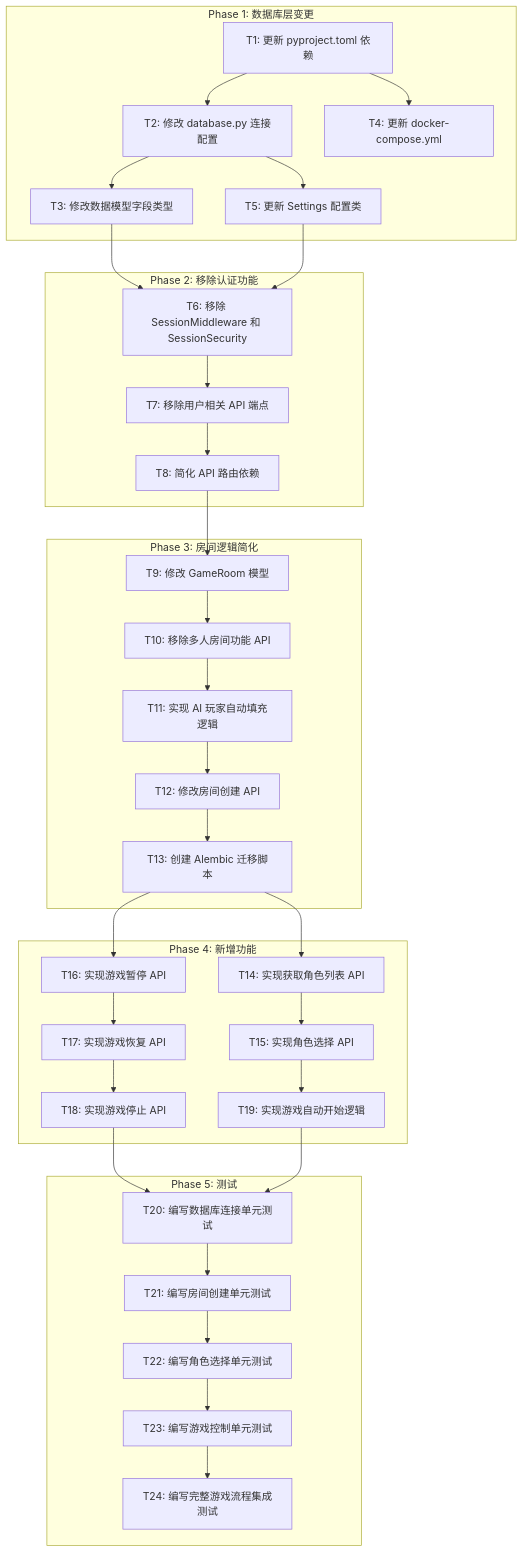
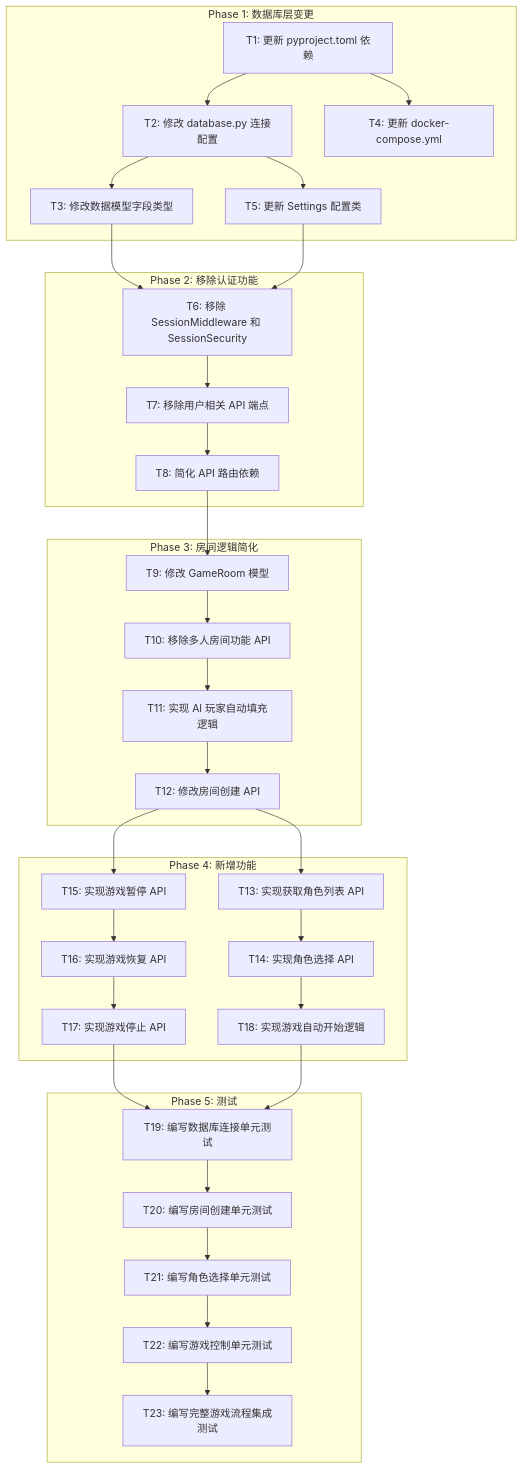
The diagram in specsai/feat-singleplayer-mode/task.md (Fize/vbrpg), drawn with Mermaid before and after one commit. The commit also changed other lines of this file, not shown here.

````diff
--- a/specsai/feat-singleplayer-mode/task.md
+++ b/specsai/feat-singleplayer-mode/task.md
@@ -5,72 +5,70 @@
 ```mermaid
 flowchart TD
     subgraph Phase1["Phase 1: 数据库层变更"]
         T1[T1: 更新 pyproject.toml 依赖]
         T2[T2: 修改 database.py 连接配置]
         T3[T3: 修改数据模型字段类型]
         T4[T4: 更新 docker-compose.yml]
         T5[T5: 更新 Settings 配置类]
         
         T1 --> T2
         T2 --> T3
         T1 --> T4
         T2 --> T5
     end
 
     subgraph Phase2["Phase 2: 移除认证功能"]
         T6[T6: 移除 SessionMiddleware 和 SessionSecurity]
         T7[T7: 移除用户相关 API 端点]
         T8[T8: 简化 API 路由依赖]
         
         T6 --> T7
         T7 --> T8
     end
 
     subgraph Phase3["Phase 3: 房间逻辑简化"]
         T9[T9: 修改 GameRoom 模型]
         T10[T10: 移除多人房间功能 API]
         T11[T11: 实现 AI 玩家自动填充逻辑]
         T12[T12: 修改房间创建 API]
-        T13[T13: 创建 Alembic 迁移脚本]
         
         T9 --> T10
         T10 --> T11
         T11 --> T12
-        T12 --> T13
     end
 
     subgraph Phase4["Phase 4: 新增功能"]
-        T14[T14: 实现获取角色列表 API]
-        T15[T15: 实现角色选择 API]
-        T16[T16: 实现游戏暂停 API]
-        T17[T17: 实现游戏恢复 API]
-        T18[T18: 实现游戏停止 API]
-        T19[T19: 实现游戏自动开始逻辑]
+        T13[T13: 实现获取角色列表 API]
+        T14[T14: 实现角色选择 API]
+        T15[T15: 实现游戏暂停 API]
+        T16[T16: 实现游戏恢复 API]
+        T17[T17: 实现游戏停止 API]
+        T18[T18: 实现游戏自动开始逻辑]
         
-        T14 --> T15
-        T15 --> T19
+        T13 --> T14
+        T14 --> T18
+        T15 --> T16
         T16 --> T17
-        T17 --> T18
     end
 
     subgraph Phase5["Phase 5: 测试"]
-        T20[T20: 编写数据库连接单元测试]
-        T21[T21: 编写房间创建单元测试]
-        T22[T22: 编写角色选择单元测试]
-        T23[T23: 编写游戏控制单元测试]
-        T24[T24: 编写完整游戏流程集成测试]
+        T19[T19: 编写数据库连接单元测试]
+        T20[T20: 编写房间创建单元测试]
+        T21[T21: 编写角色选择单元测试]
+        T22[T22: 编写游戏控制单元测试]
+        T23[T23: 编写完整游戏流程集成测试]
     end
 
     %% Phase 依赖
     T3 --> T6
     T5 --> T6
     T8 --> T9
-    T13 --> T14
-    T13 --> T16
-    T18 --> T20
+    T12 --> T13
+    T12 --> T15
+    T17 --> T19
+    T18 --> T19
     T19 --> T20
     T20 --> T21
     T21 --> T22
     T22 --> T23
-    T23 --> T24
 ```
````
